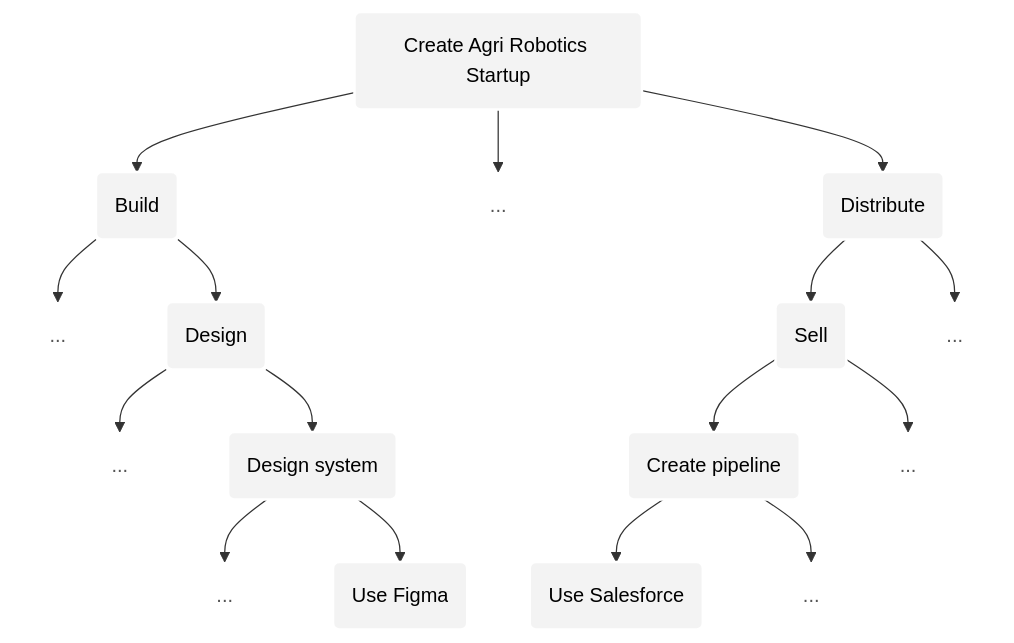
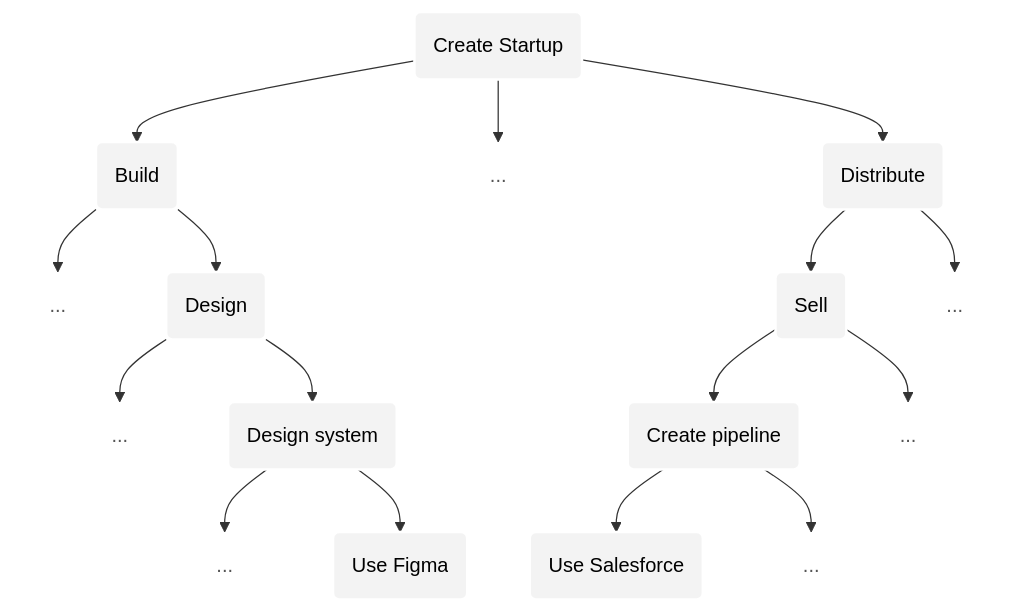
The diagram in README.md (root-foundation/root), drawn with Mermaid before and after one commit. The commit also changed other lines of this file, not shown here.

Commit message:
diagram + rootnet intro

````diff
--- a/README.md
+++ b/README.md
@@ -103,57 +103,57 @@
 ```mermaid
 flowchart TD
     %% Main nodes with curved (stadium) edges
-    Startup("Create Agri Robotics Startup")
+    Startup("Create Startup")
     Build("Build")
     Distribute("Distribute")
     Design("Design")
     BuildSystem("Design system")
     UseFigma("Use Figma")
     Sell("Sell")
     CreatePipeline("Create pipeline")
     UseSalesforce("Use Salesforce")
 
     %% Dimmed placeholder nodes
     StartupEtc["..."]
     BuildEtc["..."]
     DesignEtc["..."]
     BuildSysEtc["..."]
     DistEtc["..."]
     SellEtc["..."]
     PipelineEtc["..."]
 
     %% New placeholder
     %% BuildNew["+++"]
     %% DesignNew["+++"]
     %% BuildSystemNew["+++"]
     %% SellNew["+++"]
     %% CreatePipelineNew["+++"]
 
     %% Connections
     Startup --> Build
     Startup --> StartupEtc
     Startup --> Distribute
 
     Build --> BuildEtc
     Build --> Design
     Design --> DesignEtc
     Design --> BuildSystem
     BuildSystem --> BuildSysEtc
     BuildSystem --> UseFigma
 
     Distribute --> Sell
     Distribute --> DistEtc
     Sell --> CreatePipeline
     Sell --> SellEtc
     CreatePipeline --> UseSalesforce
     CreatePipeline --> PipelineEtc
 
     %% Styling
     classDef mainNode fill:#f3f3f3,stroke:#ffffff,stroke-width:2px,color:#000;
     classDef placeholder fill:transparent,stroke:transparent,color:#555555;
     classDef new fill:transparent,stroke:green,color:green;
 
     class Startup,Build,Distribute,Design,BuildSystem,UseFigma,Sell,CreatePipeline,UseSalesforce mainNode;
     class StartupEtc,BuildEtc,DesignEtc,BuildSysEtc,DistEtc,SellEtc,PipelineEtc placeholder;
     class BuildNew,DesignNew,BuildSystemNew,SellNew,CreatePipelineNew new;
 ```
````
